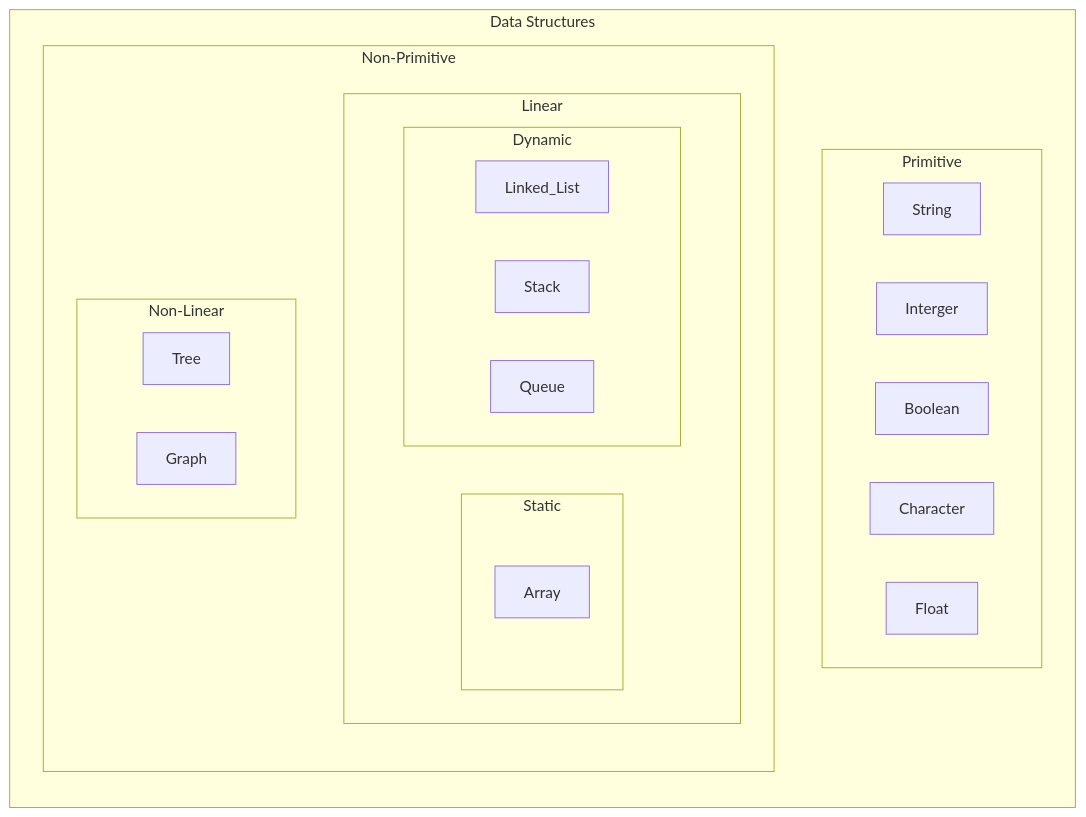
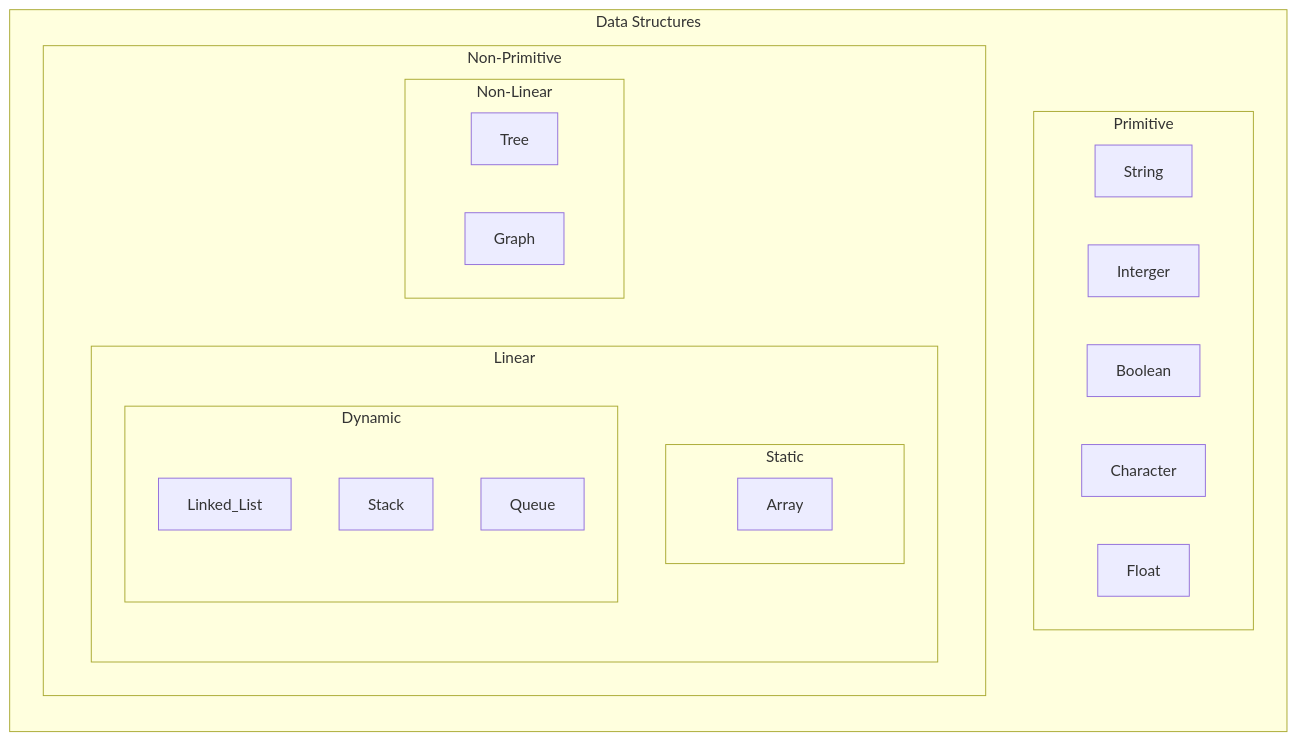
The diagram in introduction/notes/data-structures.md (reubendevries/python-algorithims-data-structures), drawn with Mermaid before and after one commit.

Commit message:
removed TB direction

`````diff
--- a/introduction/notes/data-structures.md
+++ b/introduction/notes/data-structures.md
@@ -4,30 +4,29 @@
 ````mermaid
 flowchart LR
     subgraph Data Structures
         direction TB
         subgraph Primitive
             String
             Interger
             Boolean
             Character
             Float
         end
         subgraph Non-Primitive
-            direction TB
             subgraph Linear
                 subgraph Static
                     Array
                 end
                 subgraph Dynamic
                     Linked_List
                     Stack
                     Queue
                 end
             end
             subgraph Non-Linear
                 Tree
                 Graph
             end
         end
     end
 ````
`````
